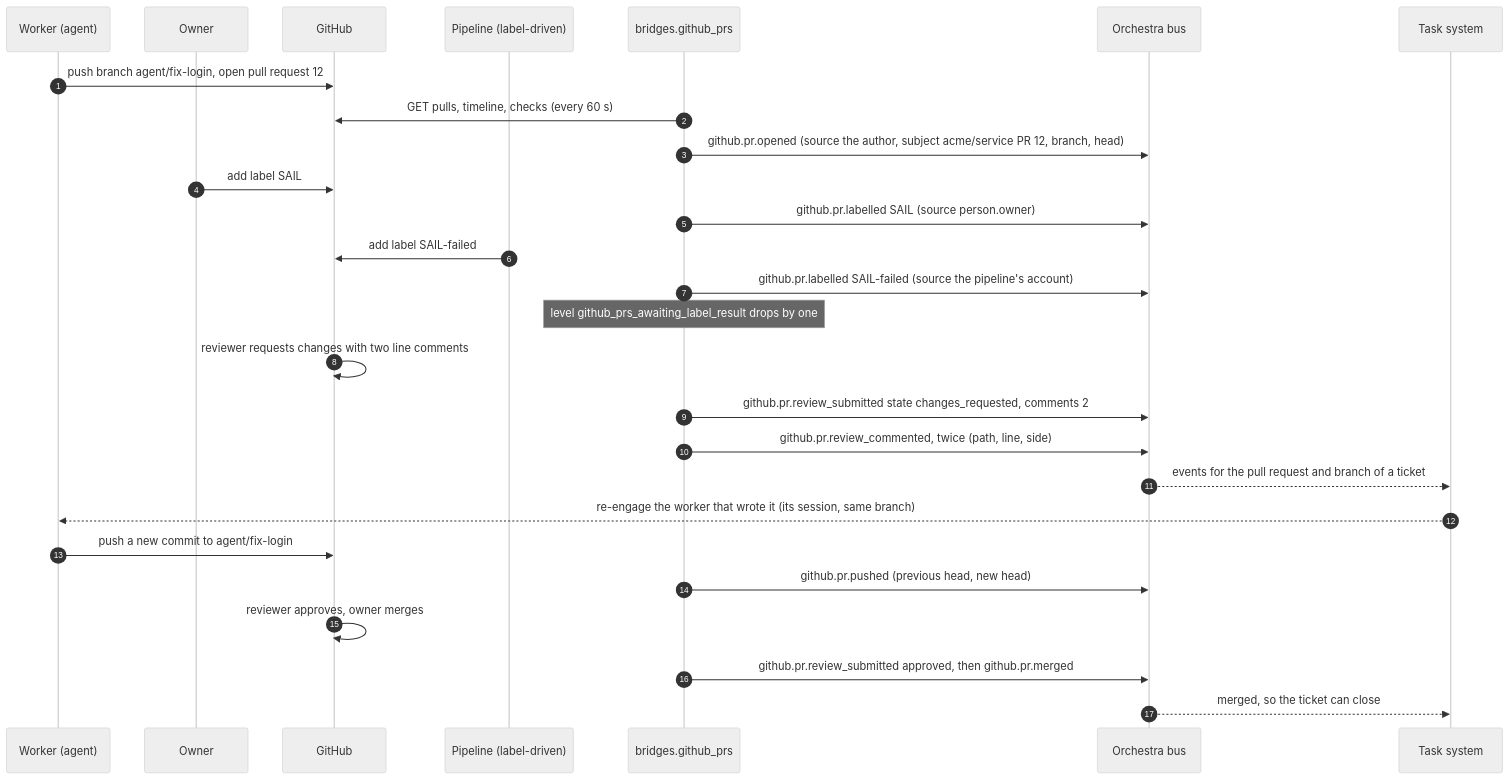
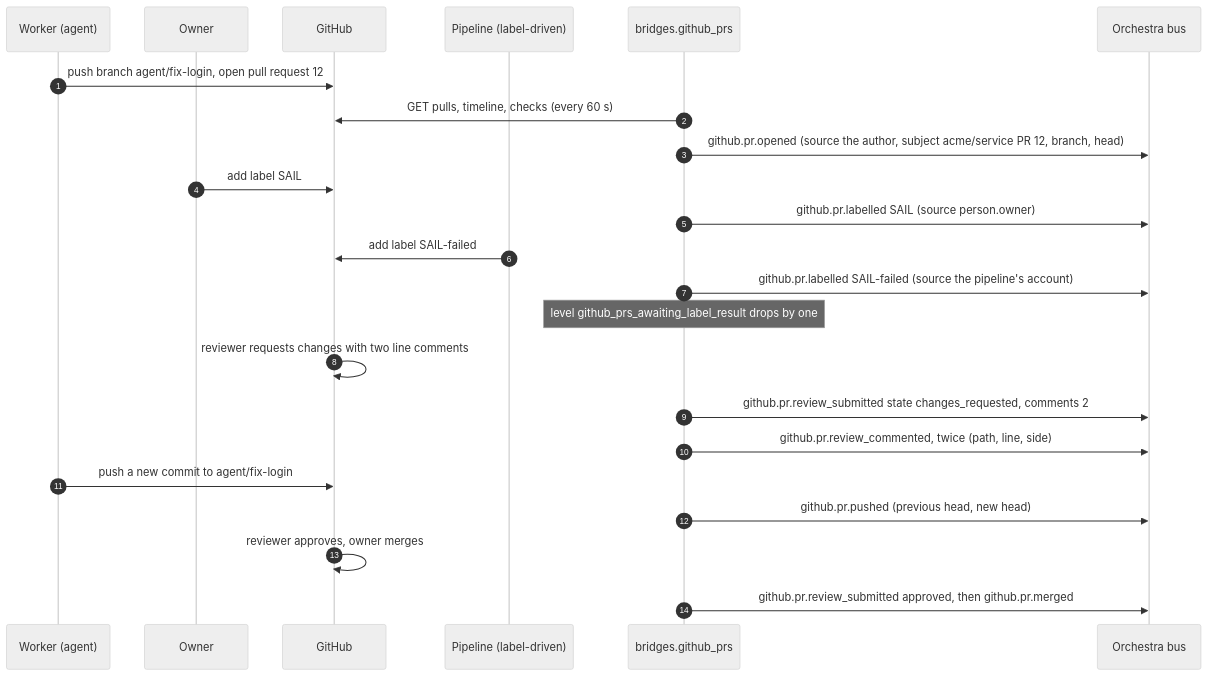
The seventh of 8 diagrams in ARCHITECTURE.md (danroblewis/orchestra-bridges), drawn with Mermaid (neutral theme) before and after one commit. The commit also changed other lines of this file and 51 other files, not shown here.

````diff
--- a/ARCHITECTURE.md
+++ b/ARCHITECTURE.md
@@ -1309,30 +1259,26 @@
 ```mermaid
 sequenceDiagram
     autonumber
     participant W as Worker (agent)
     participant O as Owner
     participant G as GitHub
     participant CI as Pipeline (label-driven)
     participant B as bridges.github_prs
     participant Bus as Orchestra bus
-    participant T as Task system
 
     W->>G: push branch agent/fix-login, open pull request 12
     B->>G: GET pulls, timeline, checks (every 60 s)
     B->>Bus: github.pr.opened (source the author, subject acme/service PR 12, branch, head)
     O->>G: add label SAIL
     B->>Bus: github.pr.labelled SAIL (source person.owner)
     CI->>G: add label SAIL-failed
     B->>Bus: github.pr.labelled SAIL-failed (source the pipeline's account)
     Note over B: level github_prs_awaiting_label_result drops by one
     G->>G: reviewer requests changes with two line comments
     B->>Bus: github.pr.review_submitted state changes_requested, comments 2
     B->>Bus: github.pr.review_commented, twice (path, line, side)
-    Bus-->>T: events for the pull request and branch of a ticket
-    T-->>W: re-engage the worker that wrote it (its session, same branch)
     W->>G: push a new commit to agent/fix-login
     B->>Bus: github.pr.pushed (previous head, new head)
     G->>G: reviewer approves, owner merges
     B->>Bus: github.pr.review_submitted approved, then github.pr.merged
-    Bus-->>T: merged, so the ticket can close
 ```
````
